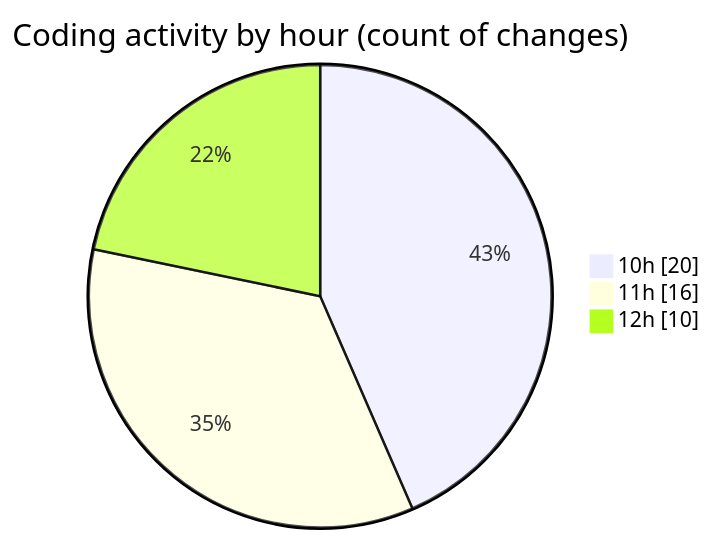
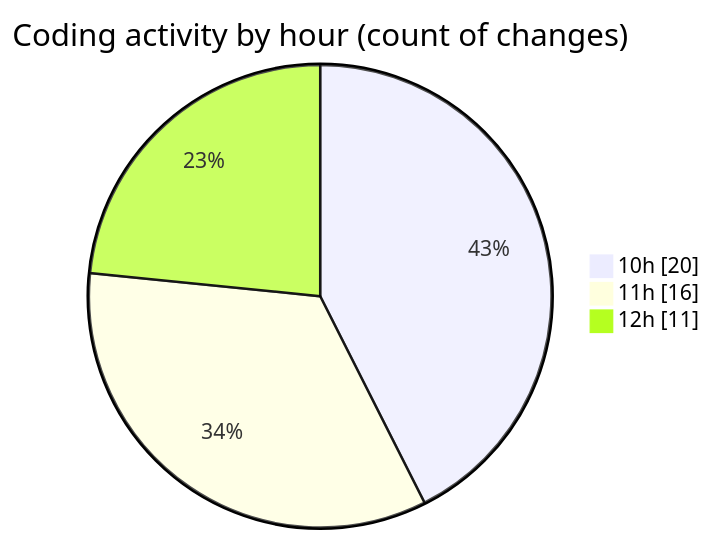
Before and after one commit to momahboobian/code-tracking: the second of 2 diagrams in 2025-07-28/cda/README.md, drawn with Mermaid. The commit also changed other lines of this file and 1 other file, not shown here.

````diff
--- a/2025-07-28/cda/README.md
+++ b/2025-07-28/cda/README.md
@@ -39,7 +39,7 @@
 ```mermaid
 pie showData
 title Coding activity by hour (count of changes)
 "10h" : 20
 "11h" : 16
-"12h" : 10
+"12h" : 11
 ```
````
